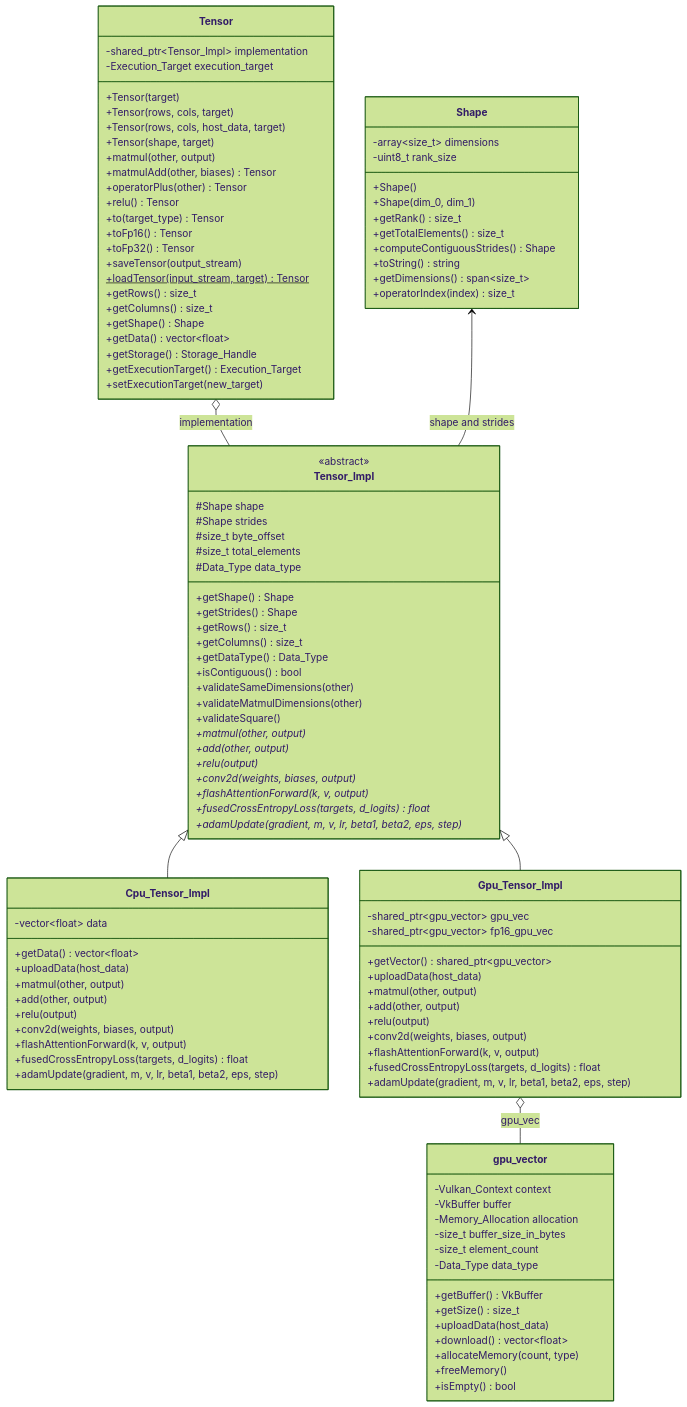
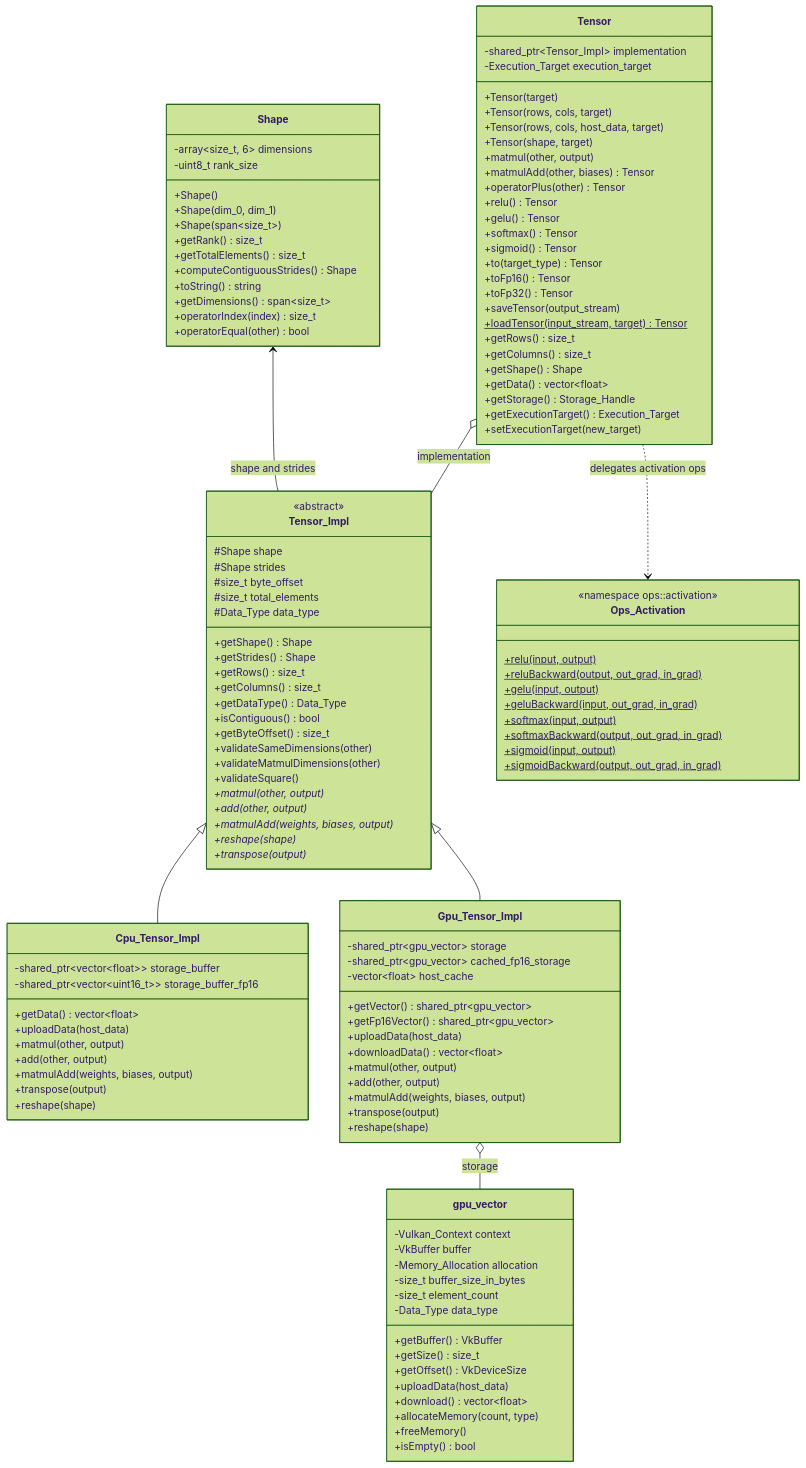
The second of 11 diagrams in architechture.md (HungVQ1991/VulkanML), drawn with Mermaid (forest theme) before and after one commit. The commit also changed other lines of this file and 266 other files, not shown here.

````diff
--- a/architechture.md
+++ b/architechture.md
@@ -90,16 +123,18 @@
 ```mermaid
 classDiagram
     class Shape {
-        -array~size_t~ dimensions
+        -array~size_t, 6~ dimensions
         -uint8_t rank_size
         +Shape()
         +Shape(dim_0, dim_1)
+        +Shape(span~size_t~)
         +getRank() size_t
         +getTotalElements() size_t
         +computeContiguousStrides() Shape
         +toString() string
         +getDimensions() span~size_t~
         +operatorIndex(index) size_t
+        +operatorEqual(other) bool
     }
 
     class Tensor_Impl {
@@ -115,43 +150,42 @@
         +getColumns() size_t
         +getDataType() Data_Type
         +isContiguous() bool
+        +getByteOffset() size_t
         +validateSameDimensions(other)
         +validateMatmulDimensions(other)
         +validateSquare()
         +matmul(other, output)*
         +add(other, output)*
-        +relu(output)*
-        +conv2d(weights, biases, output)*
-        +flashAttentionForward(k, v, output)*
-        +fusedCrossEntropyLoss(targets, d_logits)* float
-        +adamUpdate(gradient, m, v, lr, beta1, beta2, eps, step)*
+        +matmulAdd(weights, biases, output)*
+        +reshape(shape)*
+        +transpose(output)*
     }
 
     class Cpu_Tensor_Impl {
-        -vector~float~ data
+        -shared_ptr~vector~float~~ storage_buffer
+        -shared_ptr~vector~uint16_t~~ storage_buffer_fp16
         +getData() vector~float~
         +uploadData(host_data)
         +matmul(other, output)
         +add(other, output)
-        +relu(output)
-        +conv2d(weights, biases, output)
-        +flashAttentionForward(k, v, output)
-        +fusedCrossEntropyLoss(targets, d_logits) float
-        +adamUpdate(gradient, m, v, lr, beta1, beta2, eps, step)
+        +matmulAdd(weights, biases, output)
+        +transpose(output)
+        +reshape(shape)
     }
 
     class Gpu_Tensor_Impl {
-        -shared_ptr~gpu_vector~ gpu_vec
-        -shared_ptr~gpu_vector~ fp16_gpu_vec
+        -shared_ptr~gpu_vector~ storage
+        -shared_ptr~gpu_vector~ cached_fp16_storage
+        -vector~float~ host_cache
         +getVector() shared_ptr~gpu_vector~
+        +getFp16Vector() shared_ptr~gpu_vector~
         +uploadData(host_data)
+        +downloadData() vector~float~
         +matmul(other, output)
         +add(other, output)
-        +relu(output)
-        +conv2d(weights, biases, output)
-        +flashAttentionForward(k, v, output)
-        +fusedCrossEntropyLoss(targets, d_logits) float
-        +adamUpdate(gradient, m, v, lr, beta1, beta2, eps, step)
+        +matmulAdd(weights, biases, output)
+        +transpose(output)
+        +reshape(shape)
     }
 
     class Tensor {
@@ -165,6 +199,9 @@
         +matmulAdd(other, biases) Tensor
         +operatorPlus(other) Tensor
         +relu() Tensor
+        +gelu() Tensor
+        +softmax() Tensor
+        +sigmoid() Tensor
         +to(target_type) Tensor
         +toFp16() Tensor
         +toFp32() Tensor
@@ -179,6 +216,18 @@
         +setExecutionTarget(new_target)
     }
 
+    class Ops_Activation {
+        <<namespace ops::activation>>
+        +relu(input, output)$
+        +reluBackward(output, out_grad, in_grad)$
+        +gelu(input, output)$
+        +geluBackward(input, out_grad, in_grad)$
+        +softmax(input, output)$
+        +softmaxBackward(output, out_grad, in_grad)$
+        +sigmoid(input, output)$
+        +sigmoidBackward(output, out_grad, in_grad)$
+    }
+
     class gpu_vector {
         -Vulkan_Context context
         -VkBuffer buffer
@@ -188,6 +237,7 @@
         -Data_Type data_type
         +getBuffer() VkBuffer
         +getSize() size_t
+        +getOffset() VkDeviceSize
         +uploadData(host_data)
         +download() vector~float~
         +allocateMemory(count, type)
@@ -198,6 +248,7 @@
     Tensor_Impl <|-- Cpu_Tensor_Impl
     Tensor_Impl <|-- Gpu_Tensor_Impl
     Tensor o-- Tensor_Impl : implementation
-    Gpu_Tensor_Impl o-- gpu_vector : gpu_vec
+    Tensor ..> Ops_Activation : delegates activation ops
+    Gpu_Tensor_Impl o-- gpu_vector : storage
     Shape <-- Tensor_Impl : shape and strides
 ```
````
